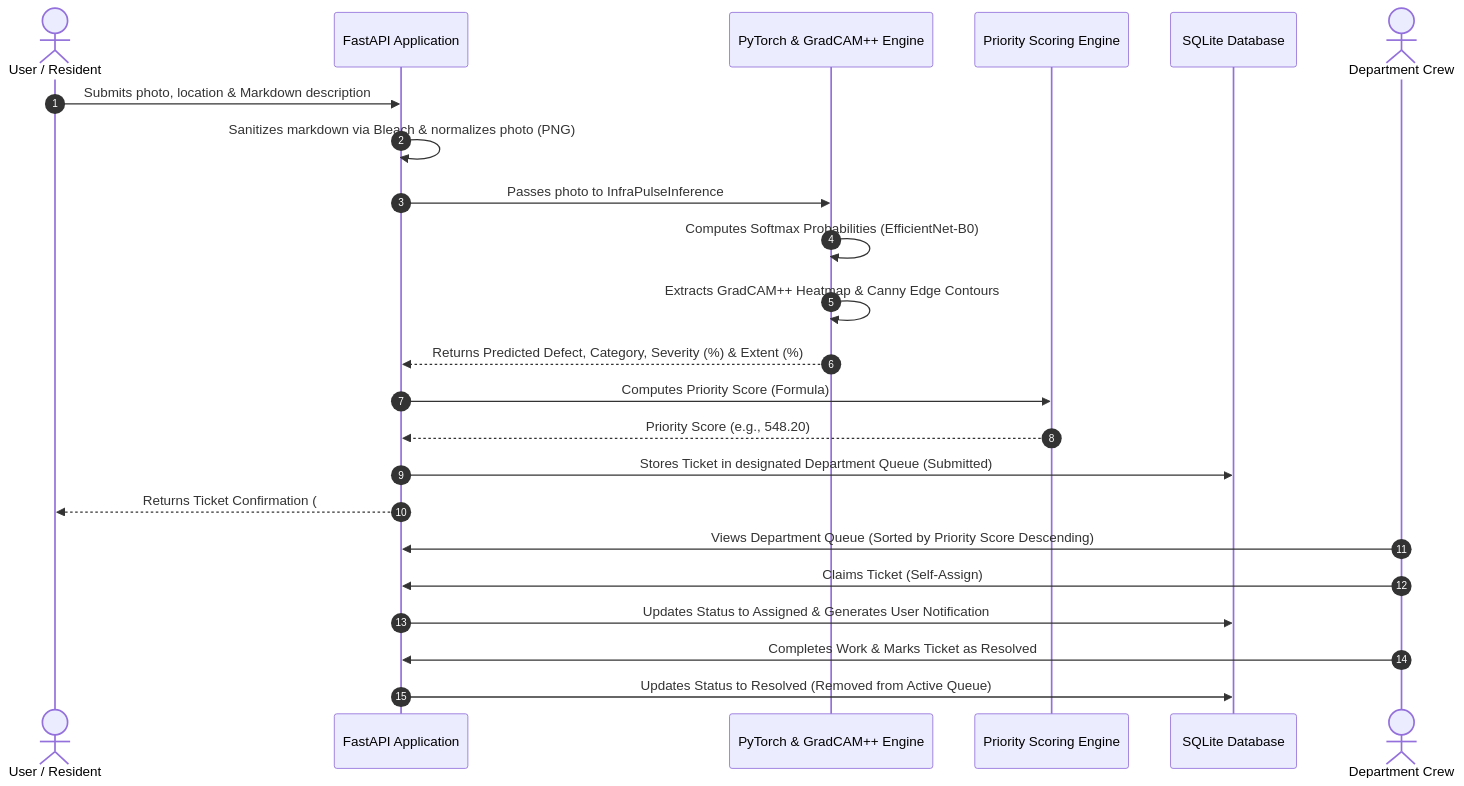
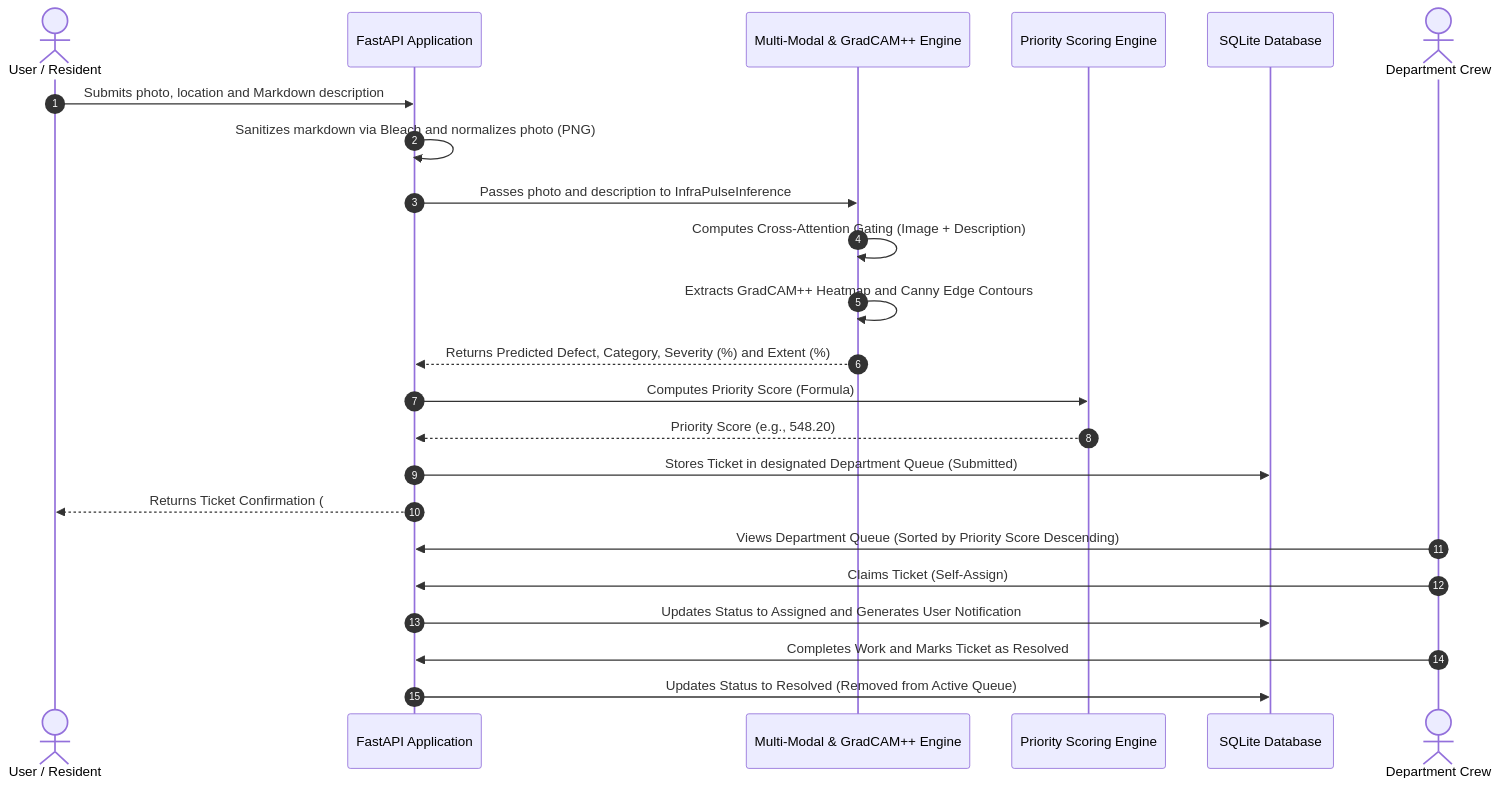
One commit to Bittu5134/InfraPulse changed the second of 3 diagrams in docs/DESIGN_DOCUMENT.md. Above: the diagram before and after it, drawn with Mermaid. The commit also changed other lines of this file and 4 other files, not shown here.

Commit message:
feat(model): set Multi-Modal Bi-Encoder as default primary classifier and add comprehensive write-up of model suite in documentation

````diff
--- a/docs/DESIGN_DOCUMENT.md
+++ b/docs/DESIGN_DOCUMENT.md
@@ -78,26 +85,26 @@
 ```mermaid
 sequenceDiagram
     autonumber
     actor Resident as User / Resident
     participant App as FastAPI Application
-    participant ML as PyTorch & GradCAM++ Engine
+    participant ML as Multi-Modal & GradCAM++ Engine
     participant Engine as Priority Scoring Engine
     participant DB as SQLite Database
     actor Staff as Department Crew
 
-    Resident->>App: Submits photo, location & Markdown description
-    App->>App: Sanitizes markdown via Bleach & normalizes photo (PNG)
-    App->>ML: Passes photo to InfraPulseInference
-    ML->>ML: Computes Softmax Probabilities (EfficientNet-B0)
-    ML->>ML: Extracts GradCAM++ Heatmap & Canny Edge Contours
-    ML-->>App: Returns Predicted Defect, Category, Severity (%) & Extent (%)
+    Resident->>App: Submits photo, location and Markdown description
+    App->>App: Sanitizes markdown via Bleach and normalizes photo (PNG)
+    App->>ML: Passes photo and description to InfraPulseInference
+    ML->>ML: Computes Cross-Attention Gating (Image + Description)
+    ML->>ML: Extracts GradCAM++ Heatmap and Canny Edge Contours
+    ML-->>App: Returns Predicted Defect, Category, Severity (%) and Extent (%)
     App->>Engine: Computes Priority Score (Formula)
     Engine-->>App: Priority Score (e.g., 548.20)
     App->>DB: Stores Ticket in designated Department Queue (Submitted)
-    App-->>Resident: Returns Ticket Confirmation (#INF-XXXXXXXXXX) & Live Queue Rank
+    App-->>Resident: Returns Ticket Confirmation (#INF-XXXXXXXXXX) and Live Queue Rank
     Staff->>App: Views Department Queue (Sorted by Priority Score Descending)
     Staff->>App: Claims Ticket (Self-Assign)
-    App->>DB: Updates Status to Assigned & Generates User Notification
-    Staff->>App: Completes Work & Marks Ticket as Resolved
+    App->>DB: Updates Status to Assigned and Generates User Notification
+    Staff->>App: Completes Work and Marks Ticket as Resolved
     App->>DB: Updates Status to Resolved (Removed from Active Queue)
 ```
````
